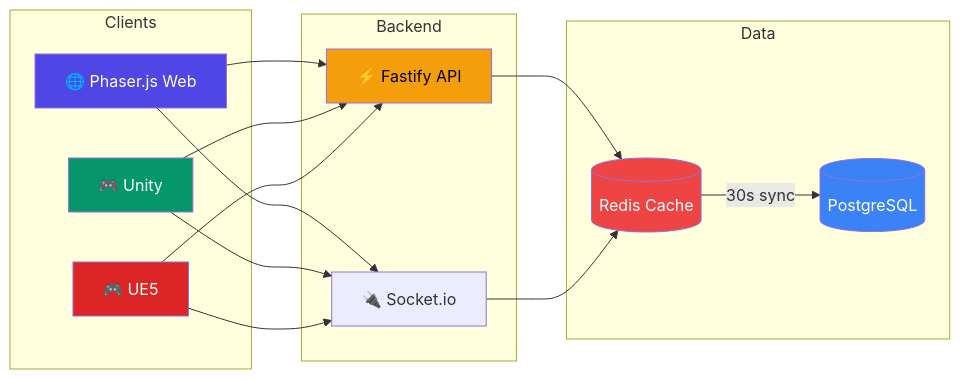
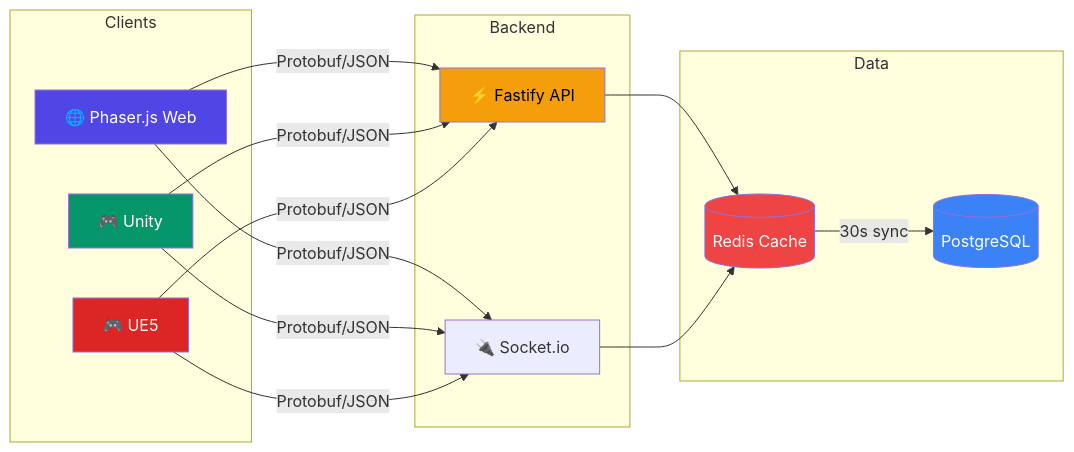
The second of 2 diagrams in README.md (crisious/aeterna-chronicle-web), drawn with Mermaid before and after one commit. The commit also changed other lines of this file, not shown here.

Commit message:
docs: README Phase 3 업데이트 — P2 RC 완료, P3-01 Protobuf, 통계 갱신

````diff
--- a/README.md
+++ b/README.md
@@ -227,29 +230,29 @@
 ```mermaid
 graph LR
     subgraph Clients
         A[🌐 Phaser.js Web]
         B[🎮 Unity]
         C[🎮 UE5]
     end
 
     subgraph Backend
         D[⚡ Fastify API]
         E[🔌 Socket.io]
     end
 
     subgraph Data
         F[(PostgreSQL)]
         G[(Redis Cache)]
     end
 
-    A & B & C --> D & E
+    A & B & C -->|Protobuf/JSON| D & E
     D & E --> G
     G -->|30s sync| F
 
     style A fill:#4f46e5,color:#fff
     style B fill:#059669,color:#fff
     style C fill:#dc2626,color:#fff
     style D fill:#f59e0b,color:#000
     style G fill:#ef4444,color:#fff
     style F fill:#3b82f6,color:#fff
 ```
````
